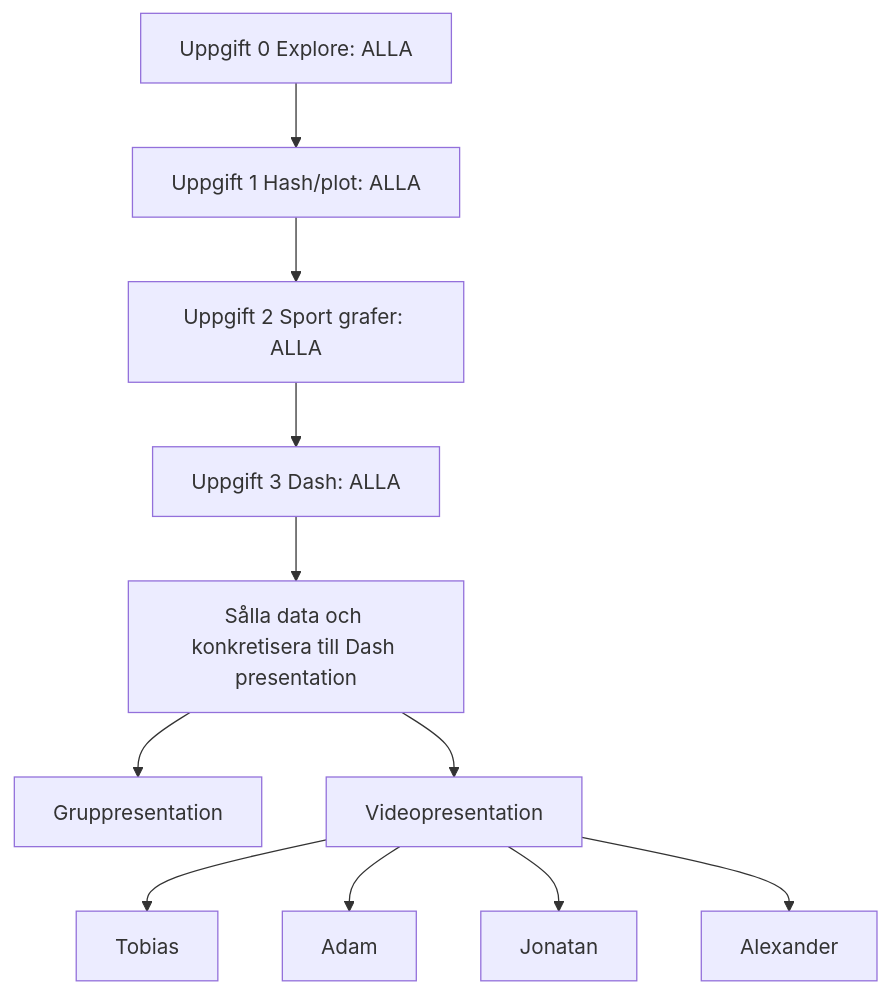
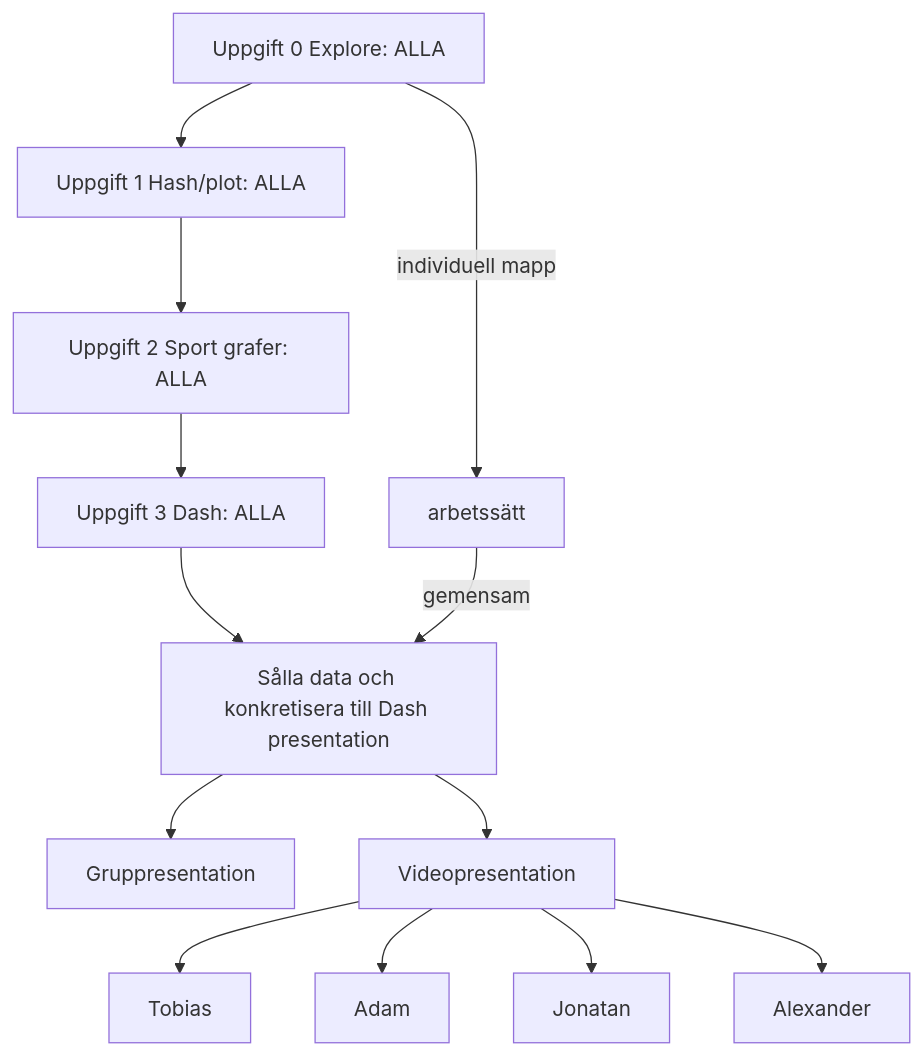
One commit to zoneme99/Project-OS changed the diagram in flowchart.md. Above: the diagram before and after it, drawn with Mermaid.

Commit message:
update chart

````diff
--- a/flowchart.md
+++ b/flowchart.md
@@ -1,14 +1,17 @@
 ```mermaid
 graph TD
 0[Uppgift 0 Explore: ALLA] --> 1[Uppgift 1 Hash/plot: ALLA]
 1 --> 2[Uppgift 2 Sport grafer: ALLA]
 2 --> 3[Uppgift 3 Dash: ALLA]
 3 --> 4[Sålla data och konkretisera till Dash presentation]
 4 --> 5[Gruppresentation]
 4 --> 6[Videopresentation]
 6 --> Tobias
 6 --> Adam
 6 --> Jonatan
 6 --> Alexander
 
+0-- individuell mapp -->arbetssätt
+arbetssätt-- gemensam -->4
+
 ```
````
